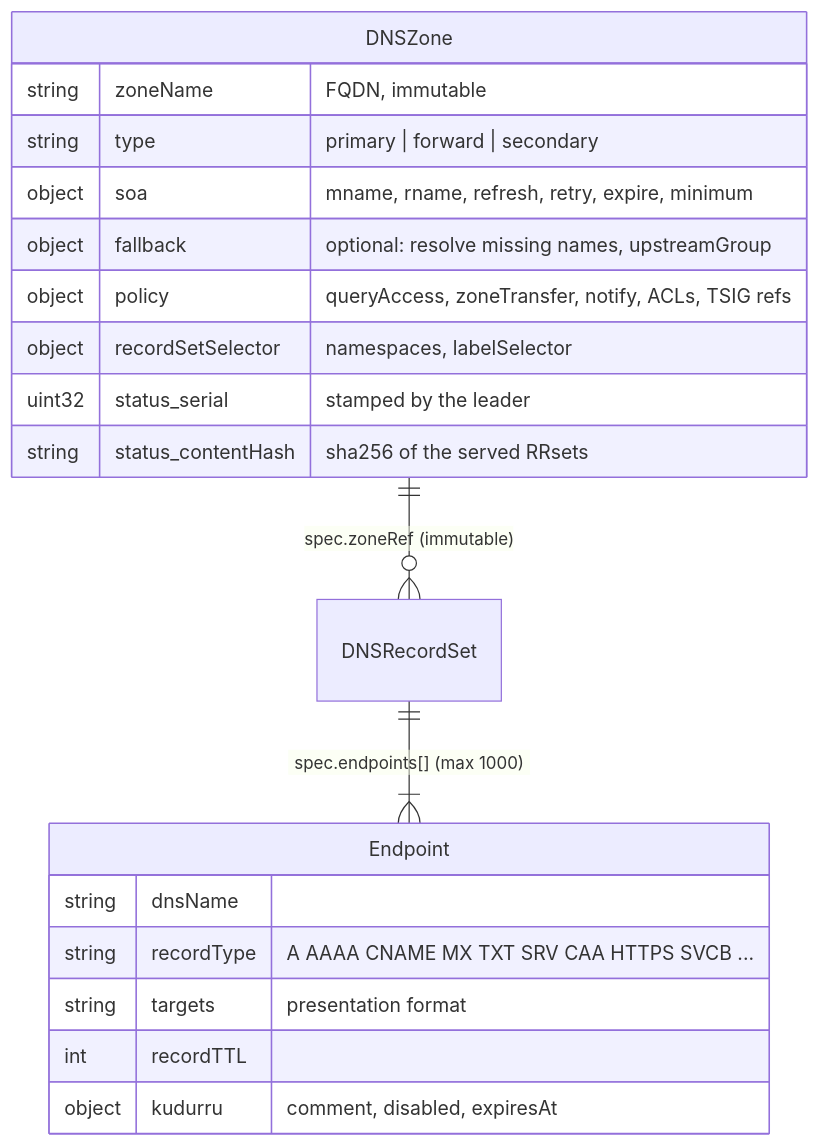
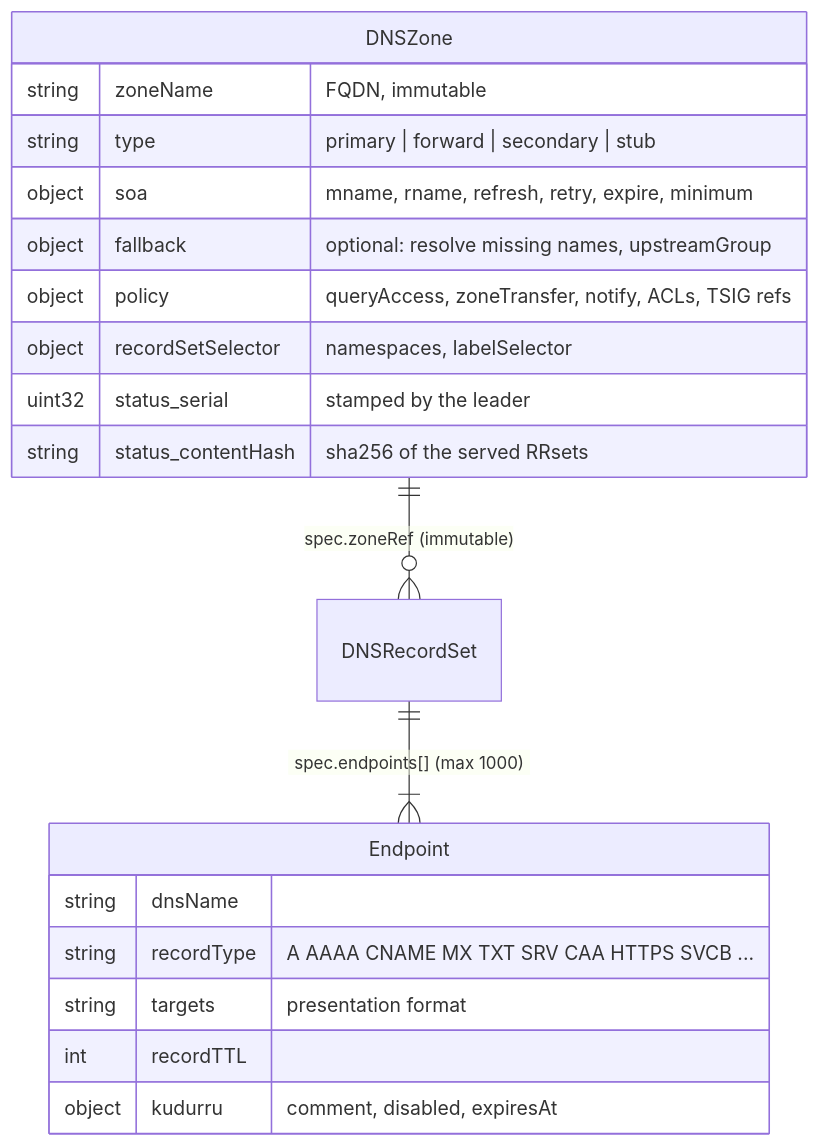
One commit to robertherbaugh/kudurru changed the first of 5 diagrams in docs/architecture/zones.md. Above: the diagram before and after it, drawn with Mermaid. The commit also changed other lines of this file and 27 other files, not shown here.

````diff
--- a/docs/architecture/zones.md
+++ b/docs/architecture/zones.md
@@ -16,22 +17,22 @@
 ```mermaid
 erDiagram
     DNSZone ||--o{ DNSRecordSet : "spec.zoneRef (immutable)"
     DNSRecordSet ||--|{ Endpoint : "spec.endpoints[] (max 1000)"
     DNSZone {
         string zoneName "FQDN, immutable"
-        string type "primary | forward | secondary"
+        string type "primary | forward | secondary | stub"
         object soa "mname, rname, refresh, retry, expire, minimum"
         object fallback "optional: resolve missing names, upstreamGroup"
         object policy "queryAccess, zoneTransfer, notify, ACLs, TSIG refs"
         object recordSetSelector "namespaces, labelSelector"
         uint32 status_serial "stamped by the leader"
         string status_contentHash "sha256 of the served RRsets"
     }
     Endpoint {
         string dnsName
         string recordType "A AAAA CNAME MX TXT SRV CAA HTTPS SVCB ..."
         string targets "presentation format"
         int recordTTL
         object kudurru "comment, disabled, expiresAt"
     }
 ```
````
